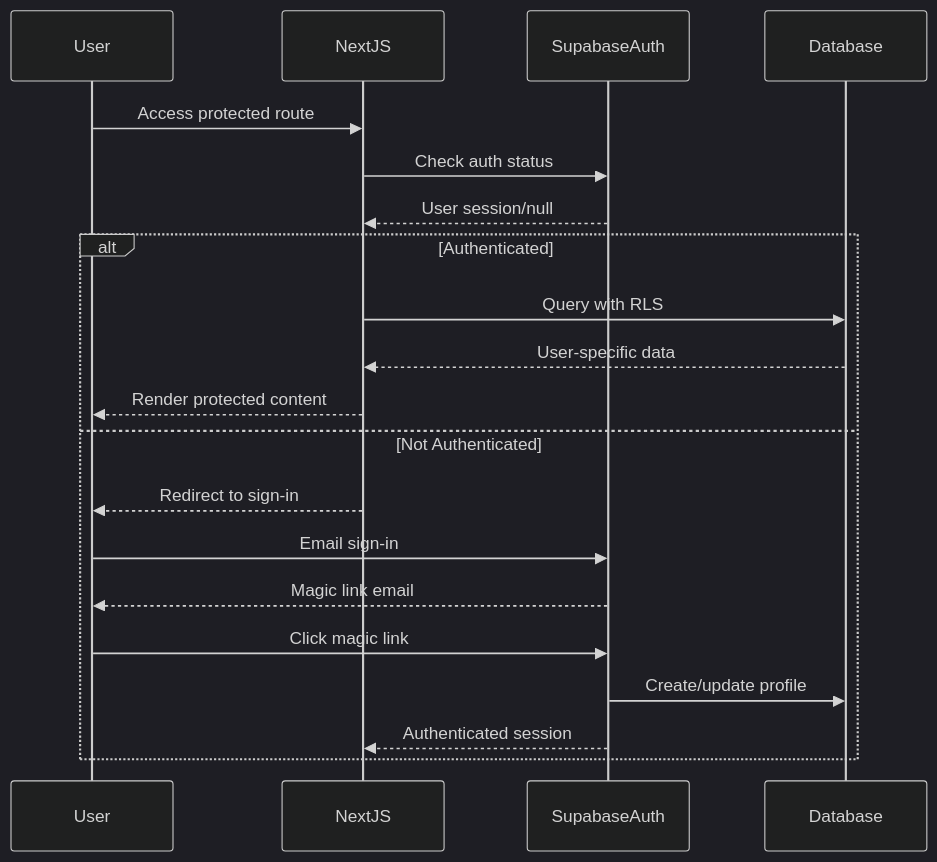
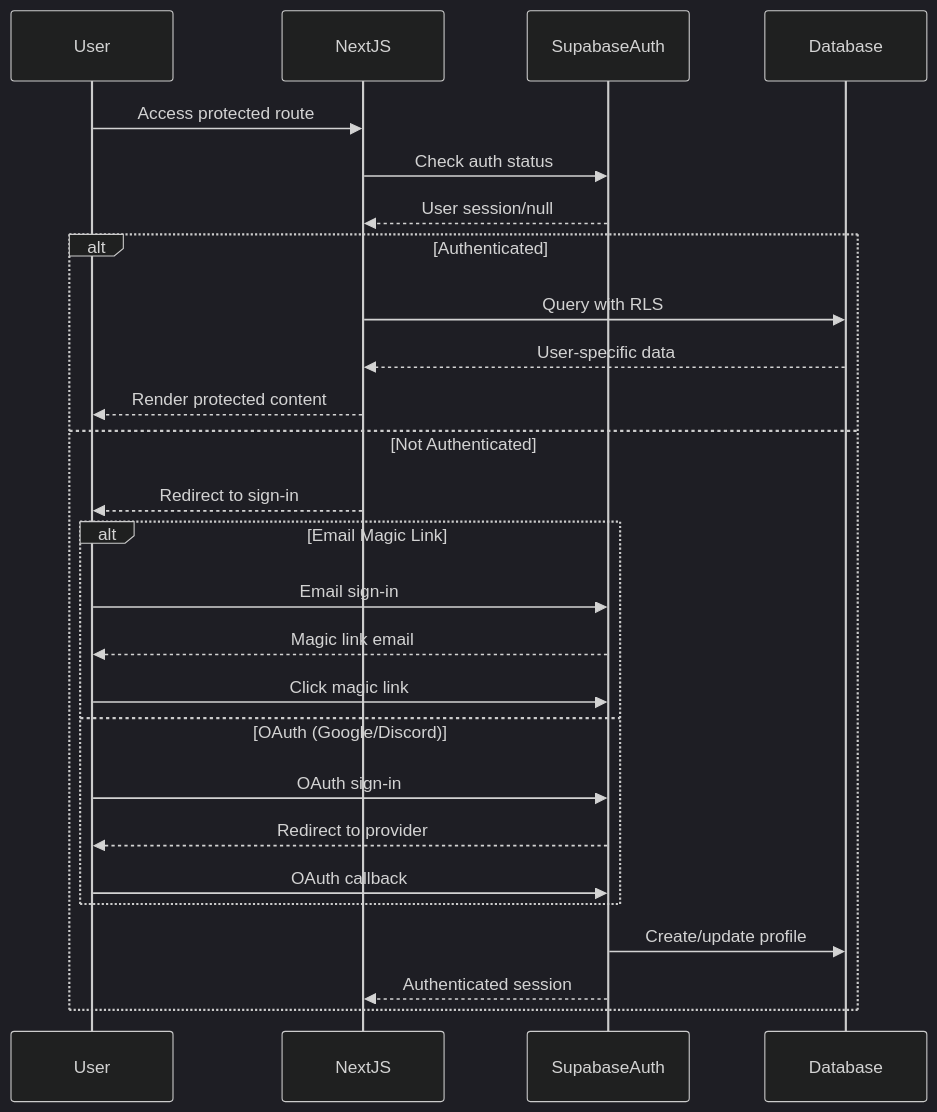
Before and after one commit to buenedata/lumidex-v2: the fifth of 6 diagrams in ARCHITECTURE.md, drawn with Mermaid (dark theme). The commit also changed other lines of this file and 220 other files, not shown here.

````diff
--- a/ARCHITECTURE.md
+++ b/ARCHITECTURE.md
@@ -208,24 +208,32 @@
 ```mermaid
 sequenceDiagram
     participant User
     participant NextJS
     participant SupabaseAuth
     participant Database
     
     User->>NextJS: Access protected route
     NextJS->>SupabaseAuth: Check auth status
     SupabaseAuth-->>NextJS: User session/null
     
     alt Authenticated
         NextJS->>Database: Query with RLS
         Database-->>NextJS: User-specific data
         NextJS-->>User: Render protected content
     else Not Authenticated
         NextJS-->>User: Redirect to sign-in
-        User->>SupabaseAuth: Email sign-in
-        SupabaseAuth-->>User: Magic link email
-        User->>SupabaseAuth: Click magic link
+        
+        alt Email Magic Link
+            User->>SupabaseAuth: Email sign-in
+            SupabaseAuth-->>User: Magic link email
+            User->>SupabaseAuth: Click magic link
+        else OAuth (Google/Discord)
+            User->>SupabaseAuth: OAuth sign-in
+            SupabaseAuth-->>User: Redirect to provider
+            User->>SupabaseAuth: OAuth callback
+        end
+        
         SupabaseAuth->>Database: Create/update profile
         SupabaseAuth-->>NextJS: Authenticated session
     end
 ```
````
